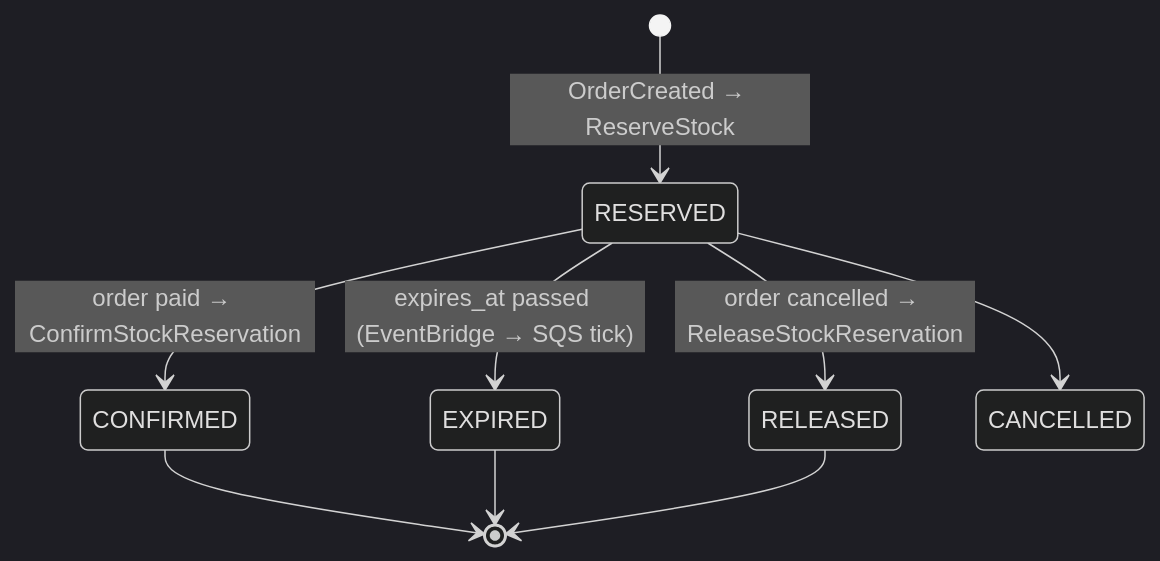
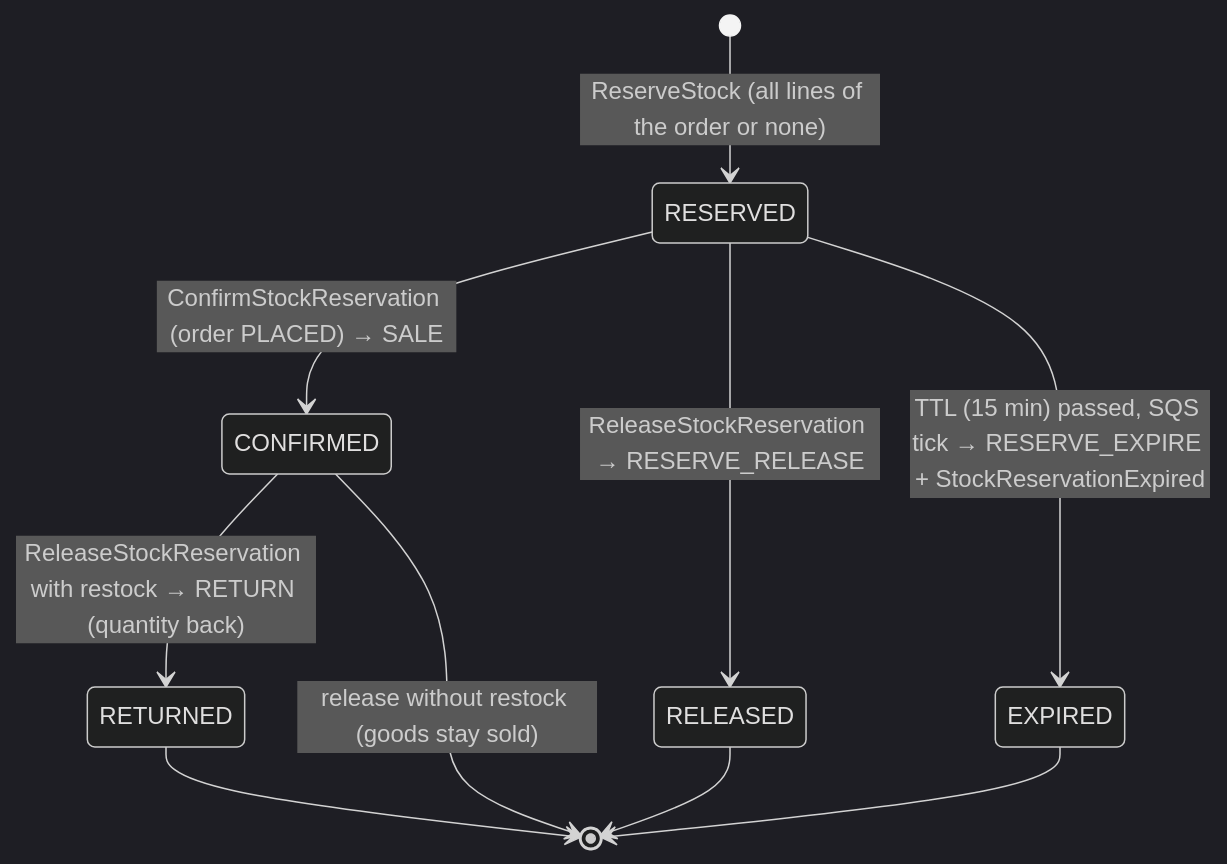
The first of 2 diagrams in architecture/flows/order-stock-reservation.md (domt97/oms-workspace), drawn with Mermaid (dark theme) before and after one commit. The commit also changed other lines of this file and 17 other files, not shown here.

````diff
--- a/architecture/flows/order-stock-reservation.md
+++ b/architecture/flows/order-stock-reservation.md
@@ -6,11 +9,12 @@
 ```mermaid
 stateDiagram-v2
-    [*] --> RESERVED: OrderCreated → ReserveStock
-    RESERVED --> CONFIRMED: order paid → ConfirmStockReservation
-    RESERVED --> EXPIRED: expires_at passed (EventBridge → SQS tick)
-    RESERVED --> RELEASED: order cancelled → ReleaseStockReservation
-    RESERVED --> CANCELLED
-    CONFIRMED --> [*]
+    [*] --> RESERVED: ReserveStock (all lines of the order or none)
+    RESERVED --> CONFIRMED: ConfirmStockReservation (order PLACED) → SALE
+    RESERVED --> RELEASED: ReleaseStockReservation → RESERVE_RELEASE
+    RESERVED --> EXPIRED: TTL (15 min) passed, SQS tick → RESERVE_EXPIRE + StockReservationExpired
+    CONFIRMED --> RETURNED: ReleaseStockReservation with restock → RETURN (quantity back)
+    CONFIRMED --> [*]: release without restock (goods stay sold)
+    RELEASED --> [*]
     EXPIRED --> [*]
-    RELEASED --> [*]
+    RETURNED --> [*]
 ```
````
